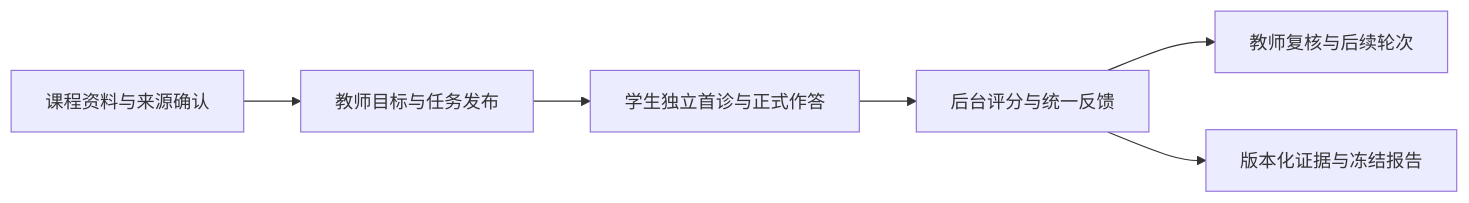
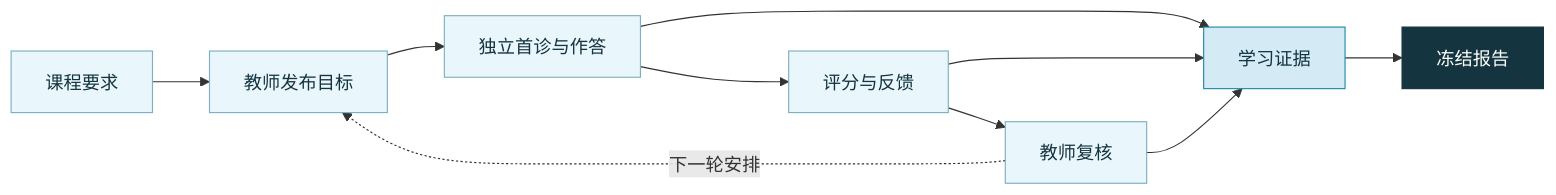
The diagram in README.md (KROZ-coding/axis-study-companion), drawn with Mermaid before and after one commit. The commit also changed other lines of this file and 5 other files, not shown here.

````diff
--- a/README.md
+++ b/README.md
@@ -62,8 +39,19 @@
 ```mermaid
 flowchart LR
-    A[课程资料与来源确认] --> B[教师目标与任务发布]
-    B --> C[学生独立首诊与正式作答]
-    C --> D[后台评分与统一反馈]
-    D --> E[教师复核与后续轮次]
-    D --> F[版本化证据与冻结报告]
+    A[课程要求] --> B[教师发布目标]
+    B --> C[独立首诊与作答]
+    C --> D[评分与反馈]
+    D --> E[教师复核]
+    E -. 下一轮安排 .-> B
+    C --> F[学习证据]
+    D --> F
+    E --> F
+    F --> G[冻结报告]
+    style A fill:#e9f6fb,stroke:#7eafc2,color:#14343f
+    style B fill:#e9f6fb,stroke:#7eafc2,color:#14343f
+    style C fill:#e9f6fb,stroke:#7eafc2,color:#14343f
+    style D fill:#e9f6fb,stroke:#7eafc2,color:#14343f
+    style E fill:#e9f6fb,stroke:#7eafc2,color:#14343f
+    style F fill:#d4eaf4,stroke:#1f8aa8,color:#14343f
+    style G fill:#14343f,stroke:#14343f,color:#ffffff
 ```
````
